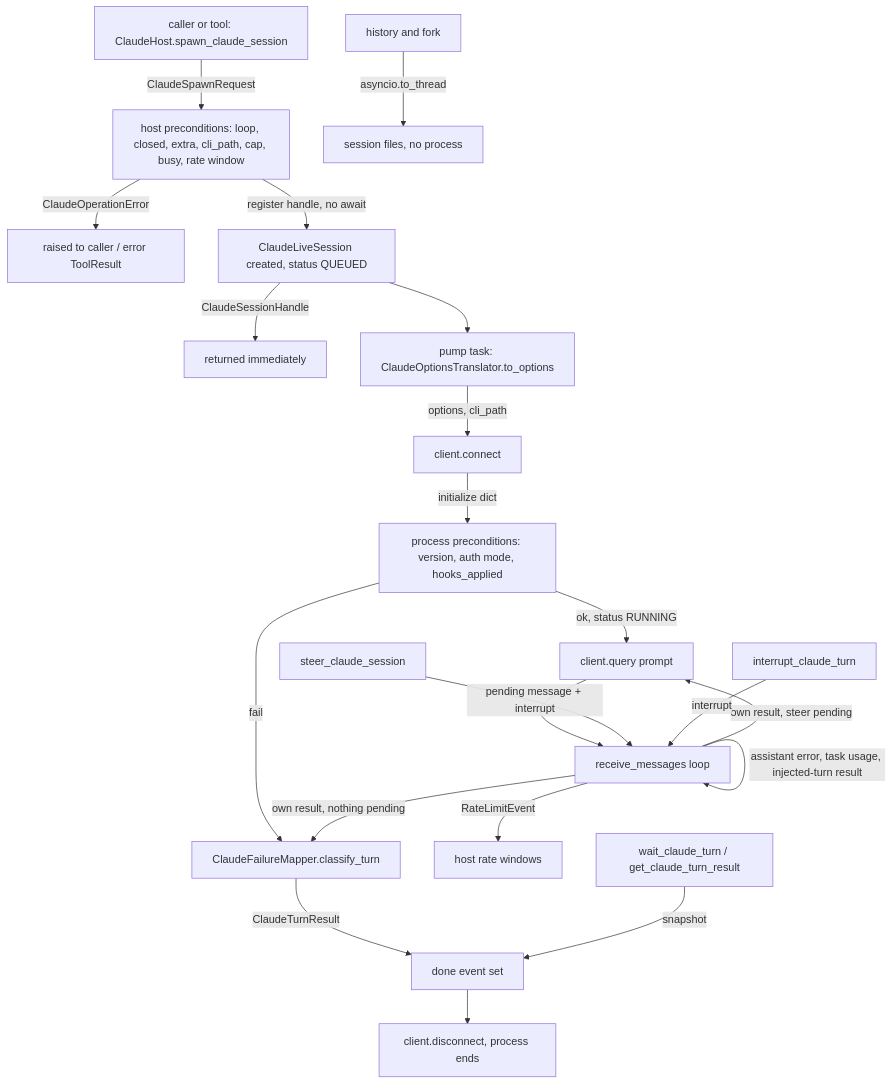
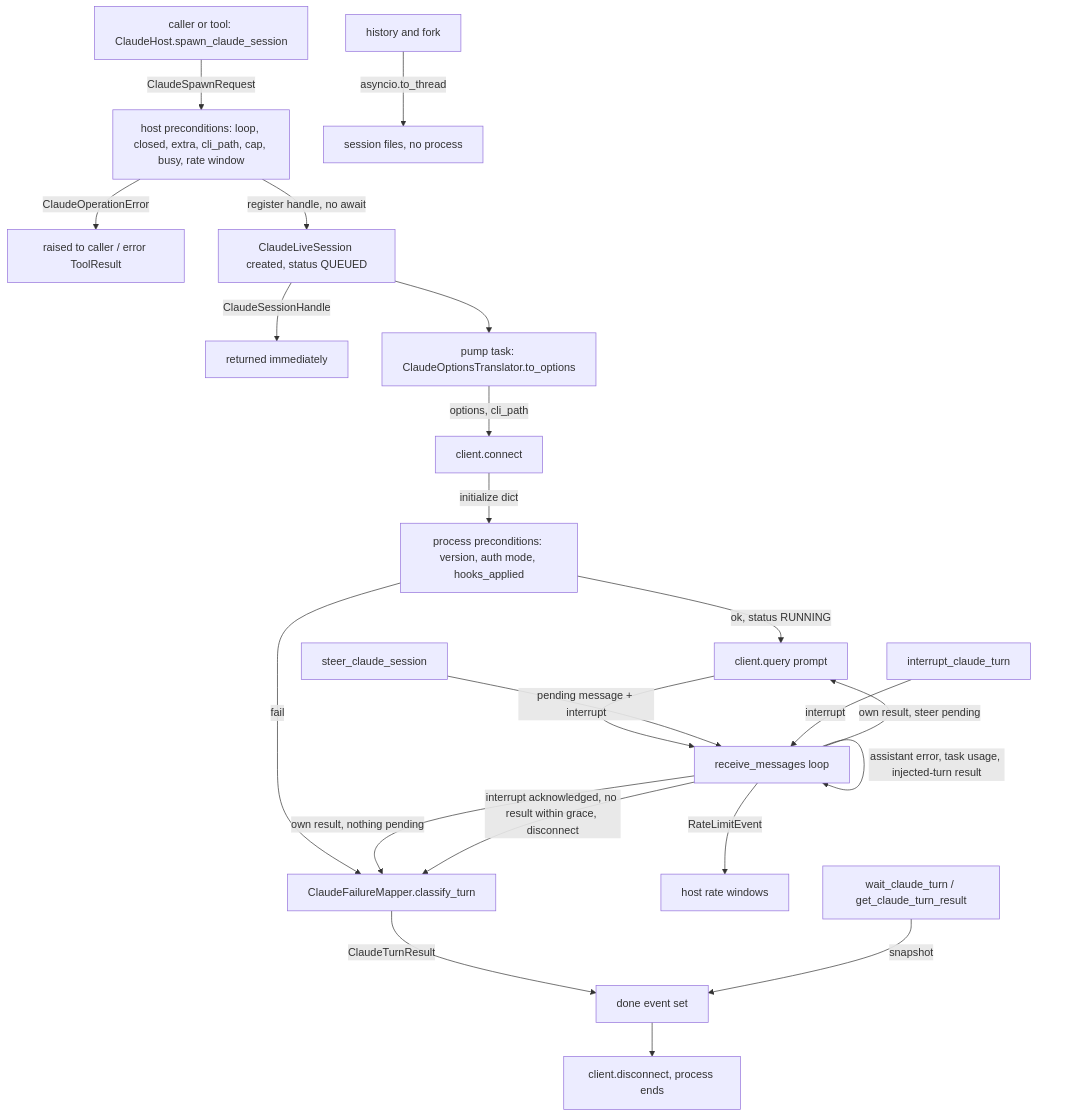
One commit to cerredz/Vidbyte-SDK changed the first of 2 diagrams in docs/spec/claude-host/spec.md. Above: the diagram before and after it, drawn with Mermaid. The commit also changed other lines of this file, not shown here.

````diff
--- a/docs/spec/claude-host/spec.md
+++ b/docs/spec/claude-host/spec.md
@@ -147,23 +147,24 @@
 ```mermaid
 flowchart TD
   A[caller or tool: ClaudeHost.spawn_claude_session] -->|ClaudeSpawnRequest| B[host preconditions: loop, closed, extra, cli_path, cap, busy, rate window]
   B -->|ClaudeOperationError| X[raised to caller / error ToolResult]
   B -->|register handle, no await| C[ClaudeLiveSession created, status QUEUED]
   C -->|ClaudeSessionHandle| R[returned immediately]
   C --> D[pump task: ClaudeOptionsTranslator.to_options]
   D -->|options, cli_path| E[client.connect]
   E -->|initialize dict| F[process preconditions: version, auth mode, hooks_applied]
   F -->|fail| G[ClaudeFailureMapper.classify_turn]
   F -->|ok, status RUNNING| H[client.query prompt]
   H --> I[receive_messages loop]
   I -->|RateLimitEvent| W[host rate windows]
   I -->|assistant error, task usage, injected-turn result| I
   I -->|own result, steer pending| H
   I -->|own result, nothing pending| G
+  I -->|interrupt acknowledged, no result within grace, disconnect| G
   G -->|ClaudeTurnResult| J[done event set]
   J --> K[client.disconnect, process ends]
   L[wait_claude_turn / get_claude_turn_result] -->|snapshot| J
   M[steer_claude_session] -->|pending message + interrupt| I
   N[interrupt_claude_turn] -->|interrupt| I
   O[history and fork] -->|asyncio.to_thread| P[session files, no process]
 ```
````
